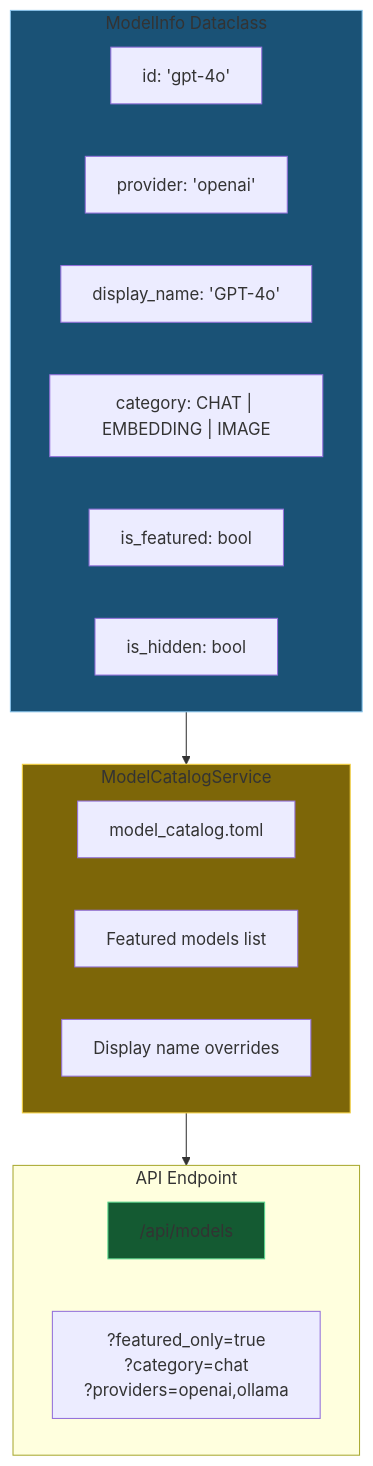
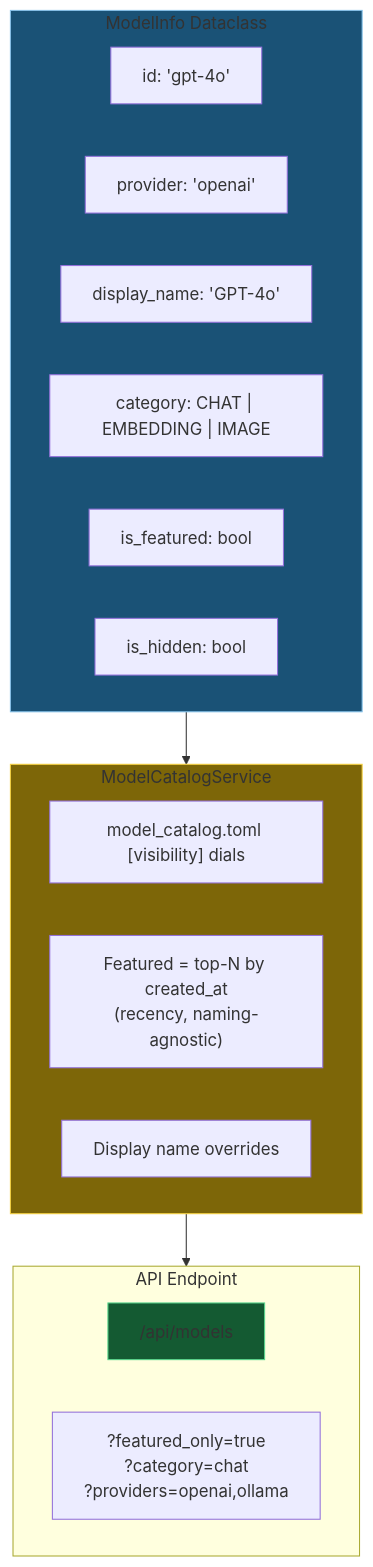
One commit to KestrelSovereignAI/kestrel-sovereign changed diagram 13 of 14 in docs/diagrams/06-llm-management.md. Above: the diagram before and after it, drawn with Mermaid. The commit also changed other lines of this file and 8 other files, not shown here.

````diff
--- a/docs/diagrams/06-llm-management.md
+++ b/docs/diagrams/06-llm-management.md
@@ -395,28 +395,28 @@
 ```mermaid
 graph TD
     subgraph modelinfo["ModelInfo Dataclass"]
         ID["id: 'gpt-4o'"]
         PROVIDER["provider: 'openai'"]
         DISPLAY["display_name: 'GPT-4o'"]
         CATEGORY["category: CHAT | EMBEDDING | IMAGE"]
         FEATURED["is_featured: bool"]
         HIDDEN["is_hidden: bool"]
     end
 
     subgraph catalog["ModelCatalogService"]
-        TOML["model_catalog.toml"]
-        FEATURED_LIST["Featured models list"]
+        TOML["model_catalog.toml [visibility] dials"]
+        FEATURED_CALC["Featured = top-N by created_at<br/>(recency, naming-agnostic)"]
         OVERRIDES["Display name overrides"]
     end
 
     subgraph api["API Endpoint"]
         ENDPOINT["/api/models"]
         PARAMS["?featured_only=true<br/>?category=chat<br/>?providers=openai,ollama"]
     end
 
     modelinfo --> catalog --> api
 
     style modelinfo fill:#1a5276,stroke:#85c1e9
     style catalog fill:#7d6608,stroke:#f4d03f
     style ENDPOINT fill:#145a32,stroke:#58d68d
 ```
````
